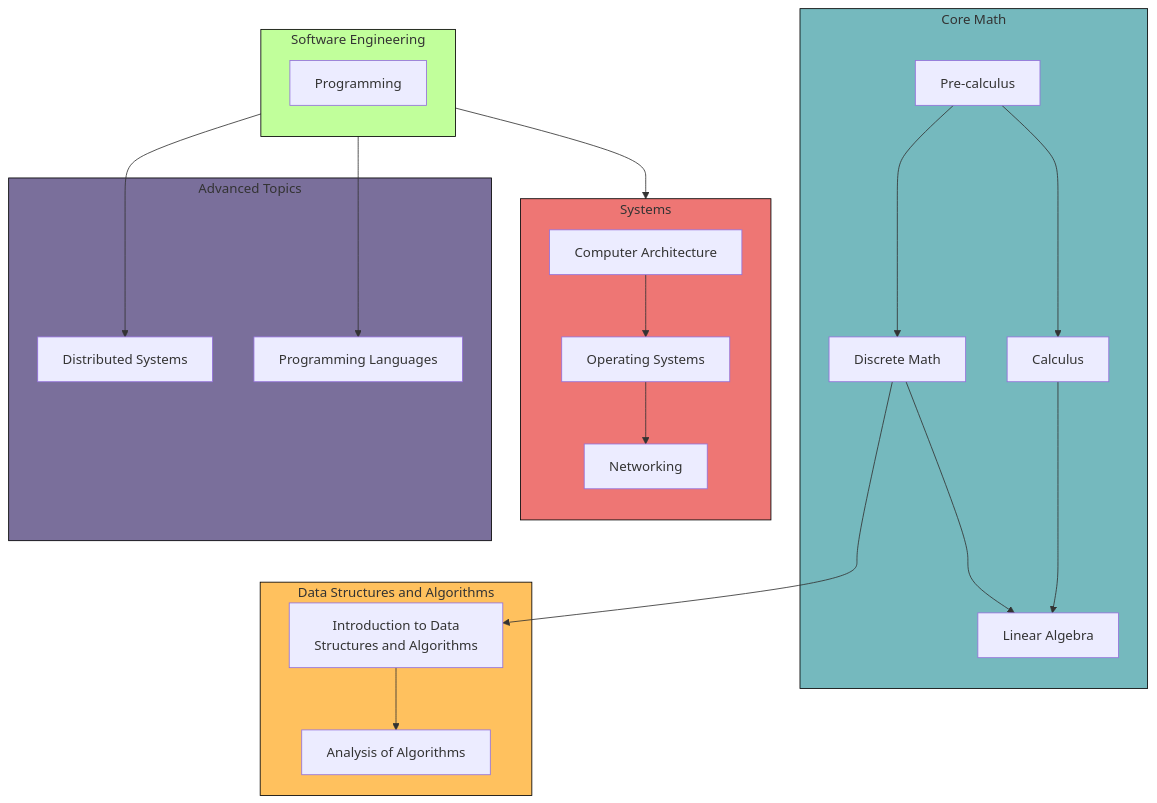
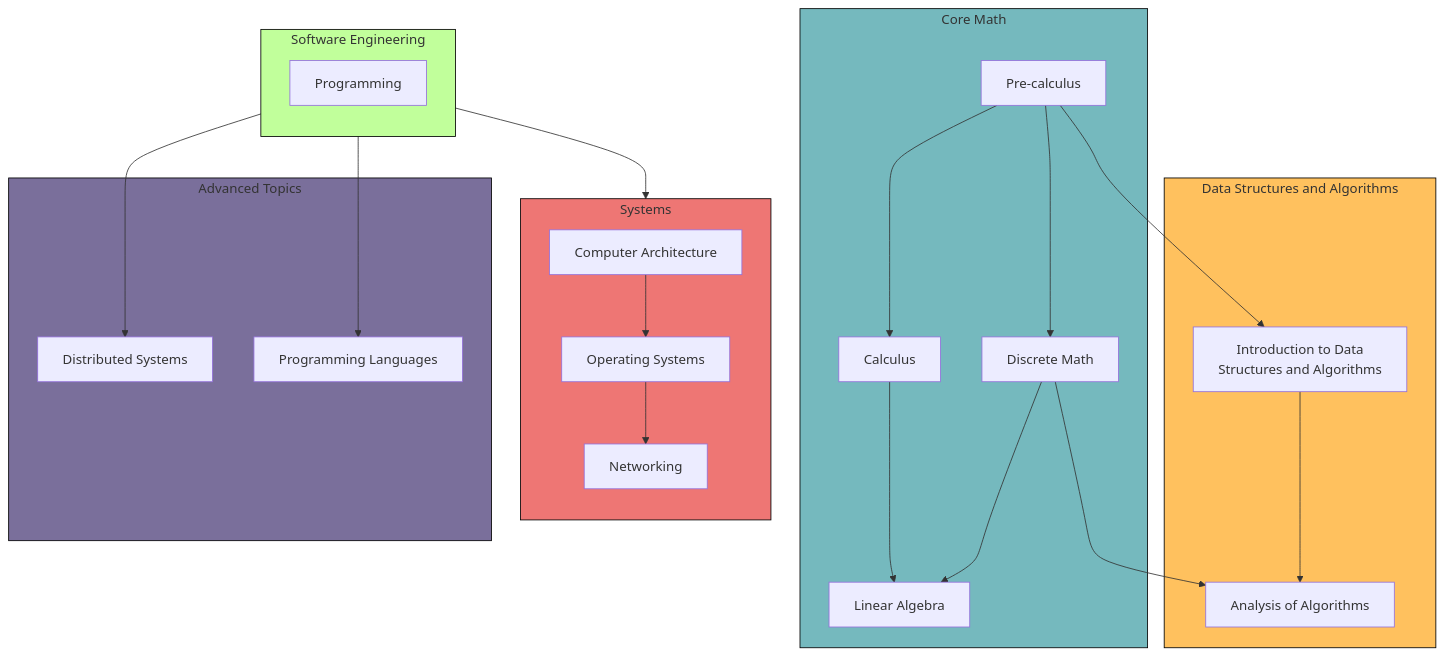
The diagram in README.md (jdglaser/self-study-cs), drawn with Mermaid before and after one commit. The commit also changed other lines of this file, not shown here.

````diff
--- a/README.md
+++ b/README.md
@@ -52,33 +37,34 @@
 ```mermaid
 flowchart TB
     subgraph se1[Core Math]
     style se1 fill:#75B9BE,stroke:#000
         A[Pre-calculus] --> B[Calculus] & C[Discrete Math]
         B & C --> D[Linear Algebra]
     end
     subgraph se2[Data Structures and Algorithms]
     style se2 fill:#FFC15E,stroke:#000
         E[Introduction to Data\n Structures and Algorithms]
-        C --> E
-        E --> F[Analysis of Algorithms]
+        E --> F
+        A --> E
+        C --> F[Analysis of Algorithms]
     end
     subgraph se3[Systems]
     direction TB
     style se3 fill:#EE7674,stroke:#000
         G[Computer Architecture] -->
         H[Operating Systems] -->
         I[Networking]
     end
     subgraph se4[Software Engineering]
     direction TB
     style se4 fill:#C1FF9B,stroke:#000
         J[Programming]
         J --> G
     end
     subgraph se5[Advanced Topics]
     style se5 fill:#7A6F9B,stroke:#000
         K[Distributed Systems]
         L[Programming Languages]
         J --> K & L
     end
 ```
````
